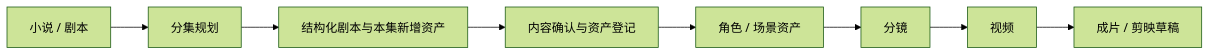
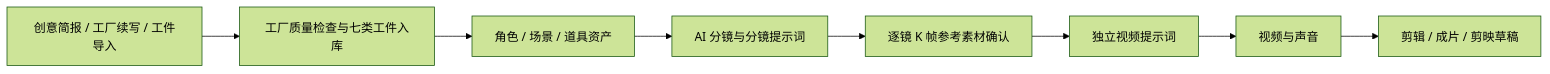
The diagram in website/docs/guide/workflows.md (myvivk/ArcReel-main), drawn with Mermaid (forest theme) before and after one commit. The commit also changed other lines of this file and 753 other files, not shown here.

````diff
--- a/website/docs/guide/workflows.md
+++ b/website/docs/guide/workflows.md
@@ -166,10 +16,10 @@
 ```mermaid
 flowchart LR
-    A["小说 / 剧本"] --> B["分集规划"]
-    B --> C["结构化剧本与本集新增资产"]
-    C --> D["内容确认与资产登记"]
-    D --> E["角色 / 场景资产"]
-    E --> F["分镜"]
-    F --> G["视频"]
-    G --> H["成片 / 剪映草稿"]
+    A["创意简报 / 工厂续写 / 工件导入"] --> B["工厂质量检查与七类工件入库"]
+    B --> C["角色 / 场景 / 道具资产"]
+    C --> D["AI 分镜与分镜提示词"]
+    D --> E["逐镜 K 帧参考素材确认"]
+    E --> F["独立视频提示词"]
+    F --> G["视频与声音"]
+    G --> H["剪辑 / 成片 / 剪映草稿"]
 ```
````
